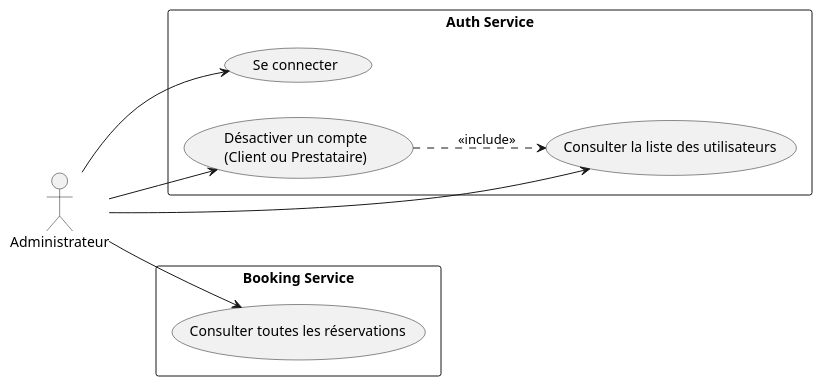
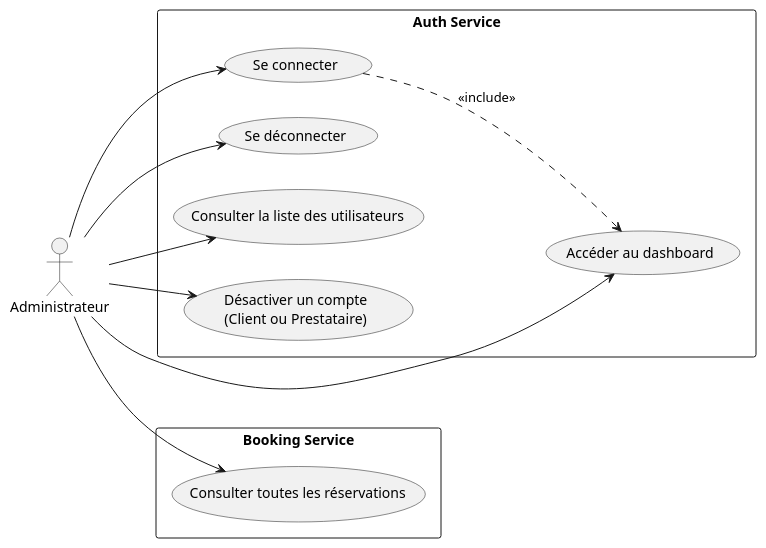
One commit to reda-alilouch/Reservation-services changed the diagram in diagrams/useCase/admin.puml. Above: the diagram before and after it, drawn with PlantUML. The commit also changed 6 other files, not shown here.

Commit message:
feat: Update class and use case diagrams, enhance Hotel and HotelImage entities with new attributes

```diff
--- a/diagrams/useCase/admin.puml
+++ b/diagrams/useCase/admin.puml
@@ -1,24 +1,28 @@
 @startuml UseCase_Acteur_Admin
 left to right direction
 skinparam packageStyle rectangle
 
 actor "Administrateur" as Admin
 
 package "Auth Service" {
   usecase "Se connecter" as UC1
-  usecase "Consulter la liste des utilisateurs" as UC2
+  usecase "Se déconnecter" as UC5
+  usecase "Accéder au dashboard" as UC2
+  usecase "Consulter la liste des utilisateurs" as UC6
   usecase "Désactiver un compte\n(Client ou Prestataire)" as UC3
 }
 
 package "Booking Service" {
   usecase "Consulter toutes les réservations" as UC4
 }
 
 Admin --> UC1
+Admin --> UC5
 Admin --> UC2
+Admin --> UC6
 Admin --> UC3
 Admin --> UC4
 
-UC3 ..> UC2 : <<include>>
+UC1 ..> UC2 : <<include>>
 
 @enduml
```
